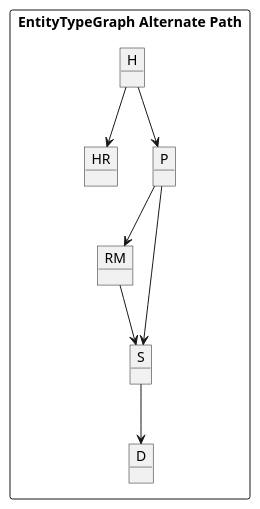
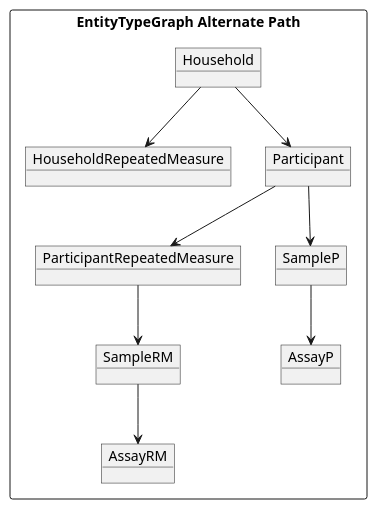
Before and after one commit to jbrestel/org-docs: the sixth of 7 diagrams in project_planning/eda_megastudy.org, drawn with PlantUML. The commit also changed other lines of this file and 7 other files, not shown here.

```diff
--- a/project_planning/eda_megastudy.org
+++ b/project_planning/eda_megastudy.org
@@ -427,16 +427,19 @@
 #+begin_src plantuml :file images/mega_entity_type_graph2_cet.png  :exports results
 rectangle "EntityTypeGraph Alternate Path" {
-object H
-object HR
-object P
-object RM
-object S
-object D
+object Household
+object HouseholdRepeatedMeasure
+object Participant
+object ParticipantRepeatedMeasure
+object SampleP
+object SampleRM
+object AssayP
+object AssayRM
 }
-H --> HR
-H --> P
-P --> RM
-P --> S
-RM --> S
-S --> D
+Household --> HouseholdRepeatedMeasure
+Household --> Participant
+Participant --> ParticipantRepeatedMeasure
+Participant --> SampleP
+ParticipantRepeatedMeasure --> SampleRM
+SampleP --> AssayP
+SampleRM --> AssayRM
 #+end_src
```
